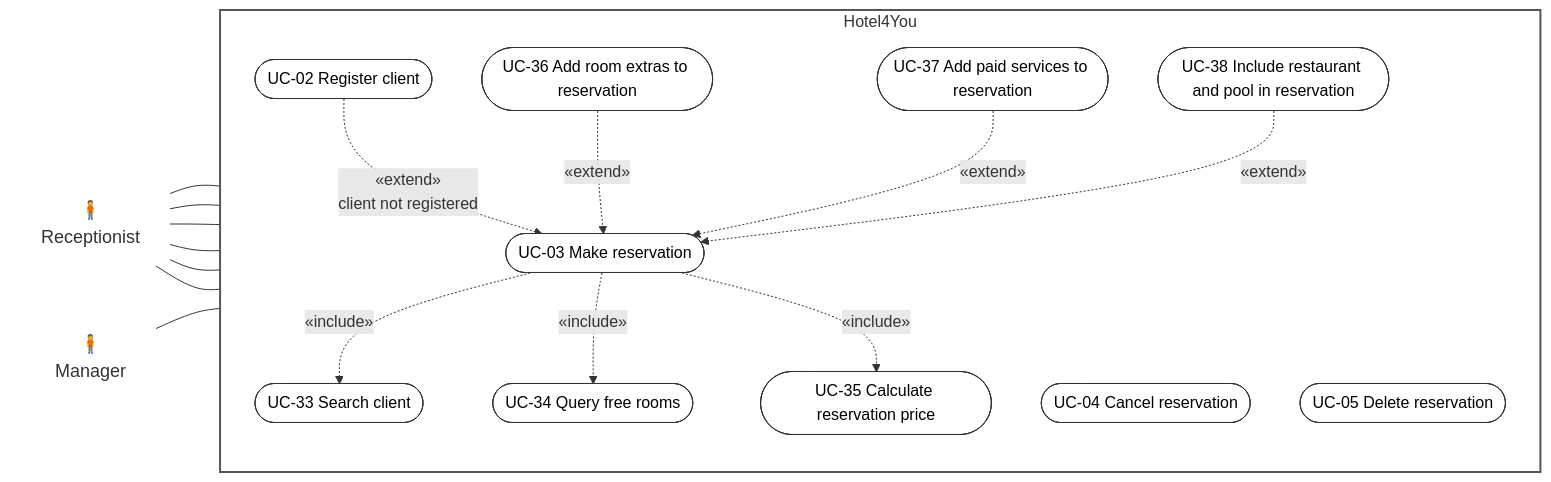
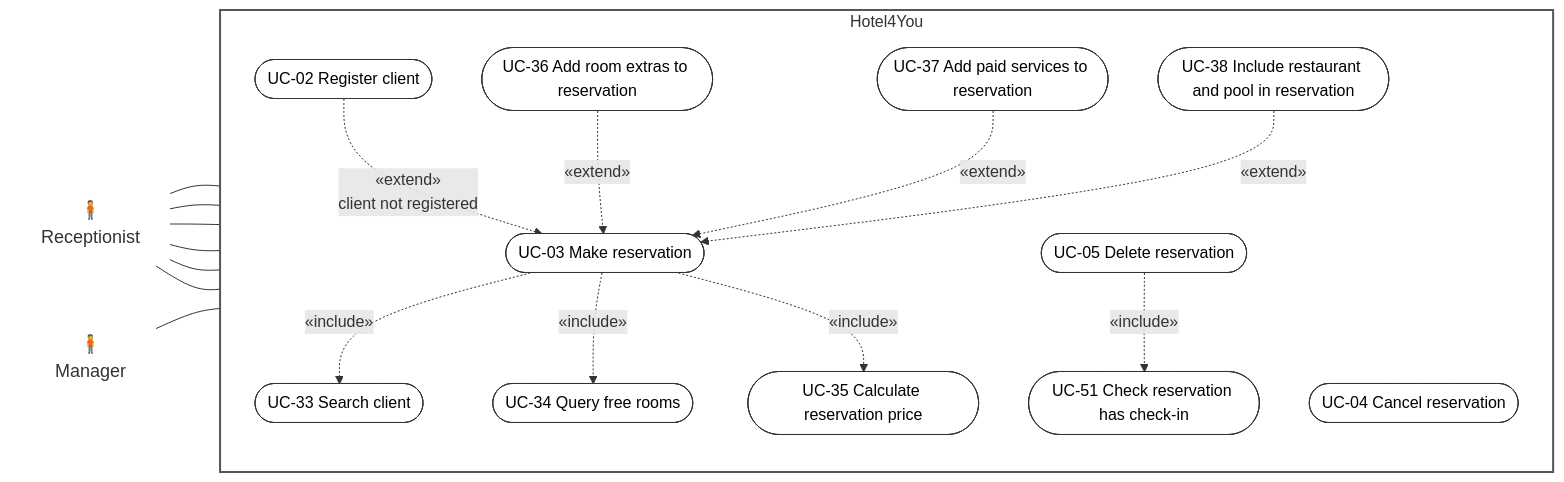
The fourth of 7 diagrams in docs/uml/use-cases.md (BorjaTiago/hotel4you), drawn with Mermaid before and after one commit. The commit also changed other lines of this file and 5 other files, not shown here.

First line of the commit message:
H4Y-7 add retro include relations to use-case diagrams (#36)

````diff
--- a/docs/uml/use-cases.md
+++ b/docs/uml/use-cases.md
@@ -137,41 +139,43 @@
 ```mermaid
 flowchart LR
   %% Requirements: RF-05, RF-06, RF-07, RF-09, RF-10, RF-11, RF-12, RF-18, RF-22, RNF-03. Decisions: Q-05, Q-12, Q-20, Q-29, Q-37, Q-40, Q-42.
   Receptionist["🧍<br/>Receptionist"]:::actor
   Manager["🧍<br/>Manager"]:::actor
 
   subgraph Hotel4You["Hotel4You"]
     direction TB
     UC02(["UC-02 Register client"]):::uc
     UC33(["UC-33 Search client"]):::uc
     UC03(["UC-03 Make reservation"]):::uc
     UC34(["UC-34 Query free rooms"]):::uc
     UC35(["UC-35 Calculate reservation price"]):::uc
     UC36(["UC-36 Add room extras to reservation"]):::uc
     UC37(["UC-37 Add paid services to reservation"]):::uc
     UC38(["UC-38 Include restaurant and pool in reservation"]):::uc
     UC04(["UC-04 Cancel reservation"]):::uc
     UC05(["UC-05 Delete reservation"]):::uc
+    UC51(["UC-51 Check reservation has check-in"]):::uc
   end
 
   Receptionist --- UC02
   Receptionist --- UC03
   Receptionist --- UC36
   Receptionist --- UC37
   Receptionist --- UC38
   Receptionist --- UC04
   Manager --- UC05
   Manager ~~~ UC04
 
   UC03 -.->|"«include»"| UC33
   UC03 -.->|"«include»"| UC34
   UC03 -.->|"«include»"| UC35
   UC02 -.->|"«extend»<br/>client not registered"| UC03
   UC36 -.->|"«extend»"| UC03
   UC37 -.->|"«extend»"| UC03
   UC38 -.->|"«extend»"| UC03
+  UC05 -.->|"«include»"| UC51
 
   classDef actor fill:none,stroke:none,font-size:18px
   classDef uc fill:#ffffff,stroke:#333333,color:#000000
   style Hotel4You fill:none,stroke:#555555,stroke-width:2px
 ```
````
